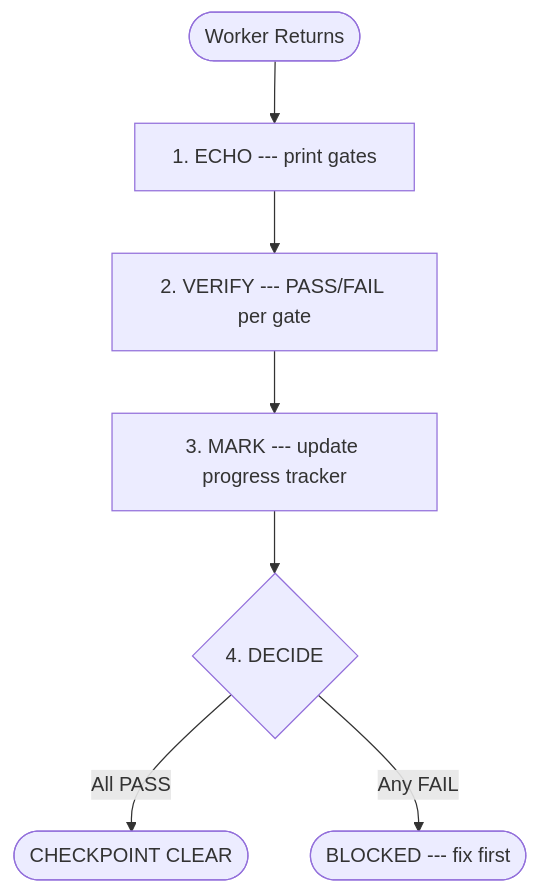
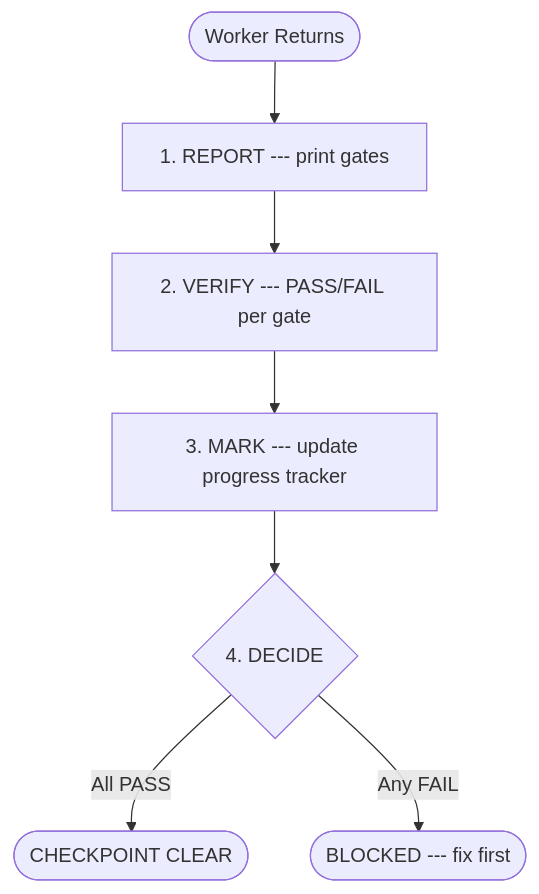
The third of 6 diagrams in AGENTS.md (virgenherrera/GILA_SOFTWARE_CHALLENGE), drawn with Mermaid before and after one commit. The commit also changed other lines of this file, not shown here.

````diff
--- a/AGENTS.md
+++ b/AGENTS.md
@@ -335,9 +520,9 @@
 ```mermaid
 flowchart TD
-    RET([Worker Returns]) --> ECHO["1. ECHO --- print gates"]
+    RET([Worker Returns]) --> ECHO["1. REPORT --- print gates"]
     ECHO --> VER["2. VERIFY --- PASS/FAIL per gate"]
     VER --> MARK["3. MARK --- update progress tracker"]
     MARK --> DEC{4. DECIDE}
     DEC -->|All PASS| CLEAR([CHECKPOINT CLEAR])
     DEC -->|Any FAIL| BLOCK([BLOCKED --- fix first])
 ```
````
